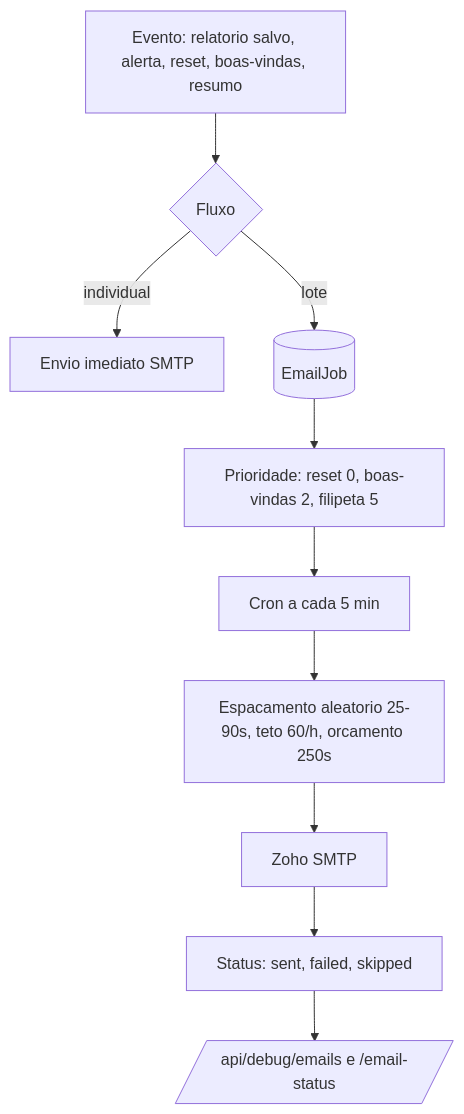
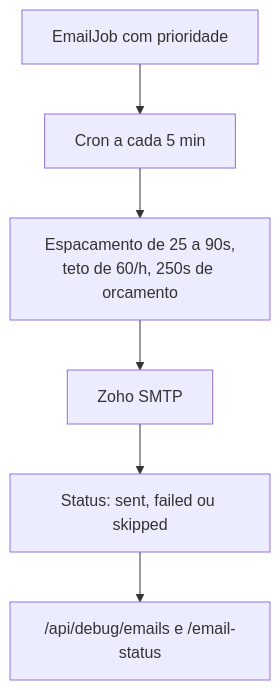
The ninth of 14 diagrams in docs/FLUXOGRAMA-SISTEMA.md (tiacquax-web/AcquaXcontrol), drawn with Mermaid before and after one commit. The commit also changed other lines of this file and 1 other file, not shown here.

First line of the commit message:
docs(sistema): diagramas reajustados para nao ficarem cortados

````diff
--- a/docs/FLUXOGRAMA-SISTEMA.md
+++ b/docs/FLUXOGRAMA-SISTEMA.md
@@ -330,12 +346,8 @@
 ```mermaid
 flowchart TD
-  EV[Evento: relatorio salvo, alerta, reset, boas-vindas, resumo] --> Q{Fluxo}
-  Q -- individual --> DIR[Envio imediato SMTP]
-  Q -- lote --> JOB[(EmailJob)]
-  JOB --> PRIO[Prioridade: reset 0, boas-vindas 2, filipeta 5]
-  PRIO --> CRON[Cron a cada 5 min]
-  CRON --> RITMO[Espacamento aleatorio 25-90s, teto 60/h, orcamento 250s]
+  PRIO[EmailJob com prioridade] --> CRON[Cron a cada 5 min]
+  CRON --> RITMO["Espacamento de 25 a 90s,<br/>teto de 60/h, 250s de orcamento"]
   RITMO --> SMTP[Zoho SMTP]
-  SMTP --> LOG[Status: sent, failed, skipped]
-  LOG --> SAUDE[/api/debug/emails e /email-status/]
+  SMTP --> LOG["Status: sent, failed ou skipped"]
+  LOG --> SAUDE["/api/debug/emails e /email-status"]
 ```
````
